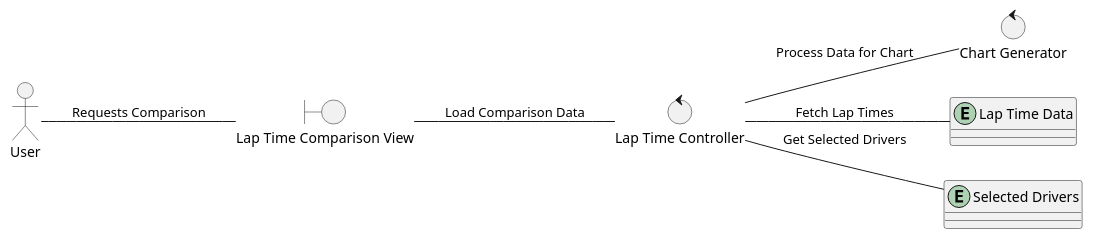
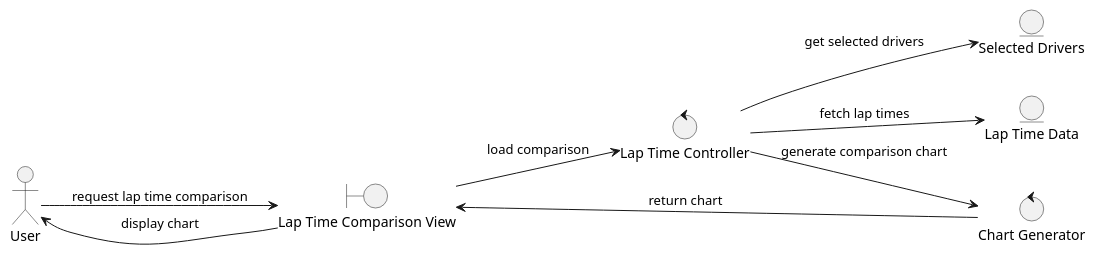
One commit to AnkitaVilasPimpalkar08/CSCI_6234_Spring_2026_G23 changed the diagram in Analysis/View_Lap_Time_Comparison.puml. Above: the diagram before and after it, drawn with PlantUML.

```diff
--- a/Analysis/View_Lap_Time_Comparison.puml
+++ b/Analysis/View_Lap_Time_Comparison.puml
@@ -1,18 +1,21 @@
 @startuml
 left to right direction
 skinparam backgroundColor white
-allow_mixing
 
-actor User
+actor "User" as User
+
 boundary "Lap Time Comparison View" as GUI
 control "Lap Time Controller" as CTRL
 control "Chart Generator" as CHART
+entity "Selected Drivers" as DRIVERS
 entity "Lap Time Data" as DATA
-entity "Selected Drivers" as DRIVERS
 
-User -- GUI : Requests Comparison
-GUI -- CTRL : Load Comparison Data
-CTRL -- DRIVERS : Get Selected Drivers
-CTRL -- DATA : Fetch Lap Times
-CTRL -- CHART : Process Data for Chart
+User --> GUI : request lap time comparison
+GUI --> CTRL : load comparison
+
+CTRL --> DRIVERS : get selected drivers
+CTRL --> DATA : fetch lap times
+CTRL --> CHART : generate comparison chart
+CHART --> GUI : return chart
+GUI --> User : display chart
 @enduml
```
